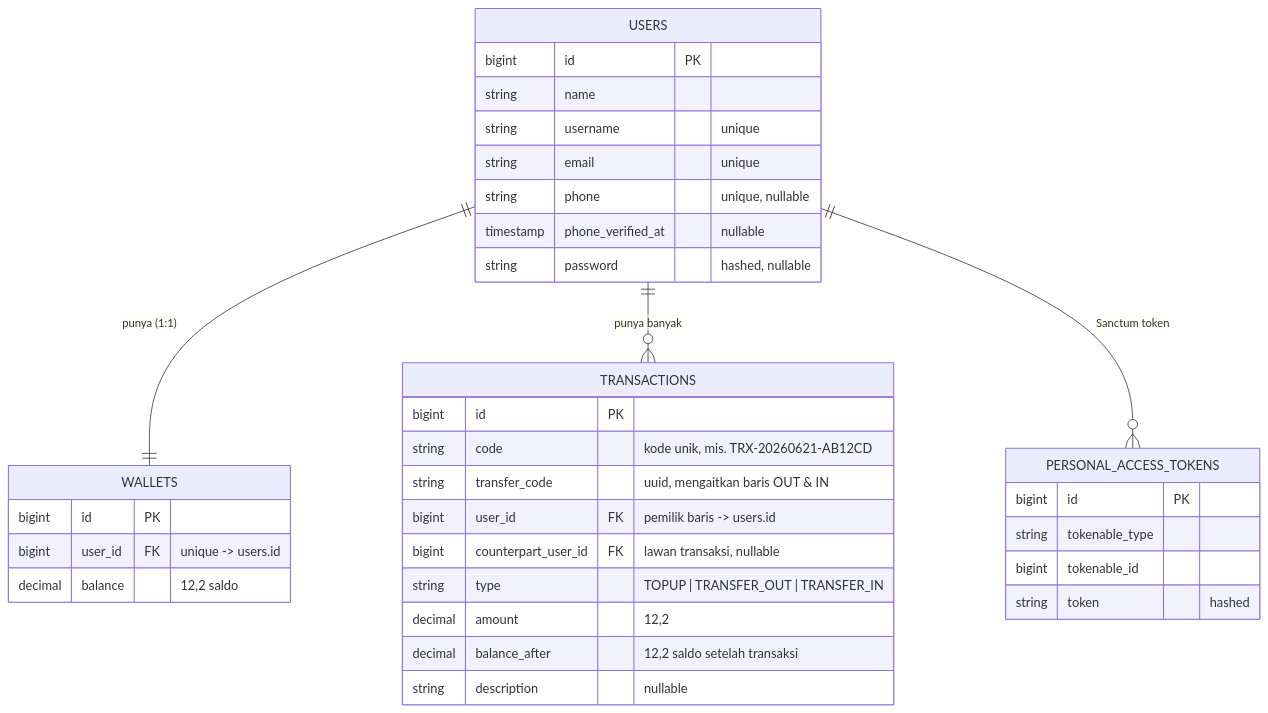
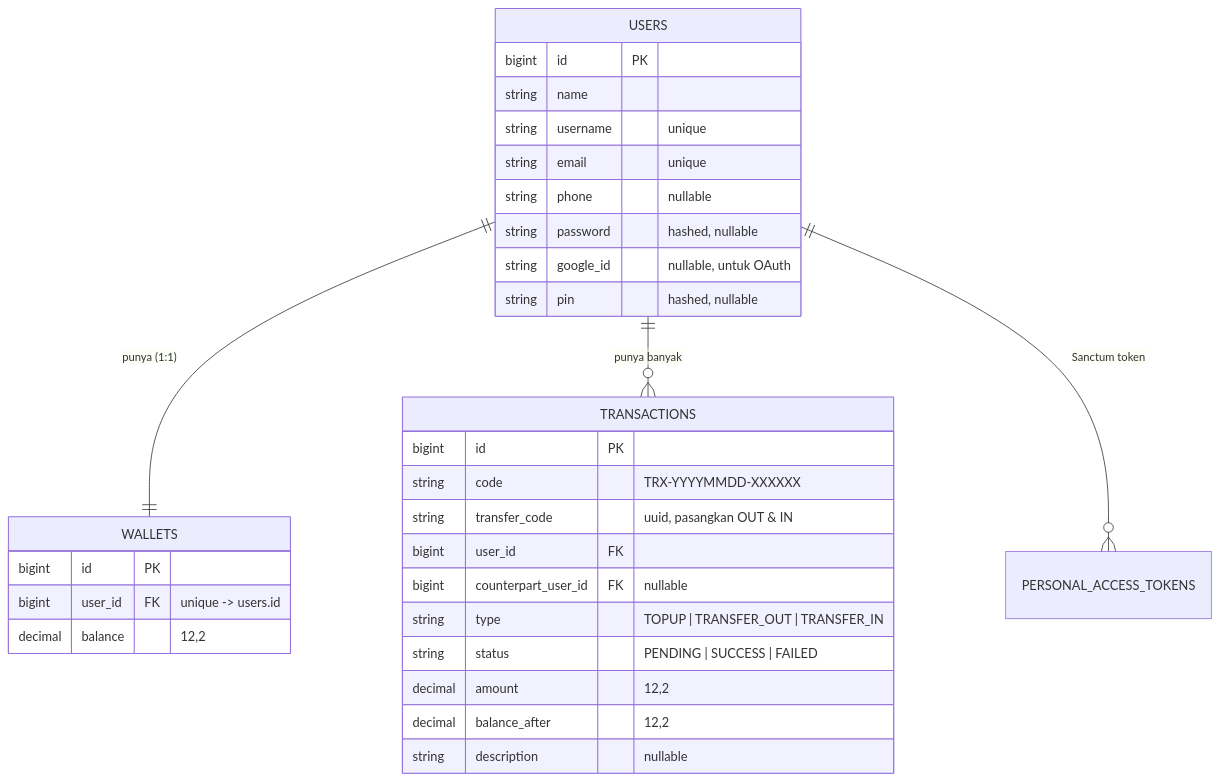
The diagram in README.md (saifudinreza/TrustPay), drawn with Mermaid before and after one commit. The commit also changed other lines of this file and 4 other files, not shown here.

````diff
--- a/README.md
+++ b/README.md
@@ -38,38 +69,34 @@
 ```mermaid
 erDiagram
     USERS ||--|| WALLETS : "punya (1:1)"
     USERS ||--o{ TRANSACTIONS : "punya banyak"
     USERS ||--o{ PERSONAL_ACCESS_TOKENS : "Sanctum token"
 
     USERS {
         bigint id PK
         string name
         string username "unique"
         string email "unique"
-        string phone "unique, nullable"
-        timestamp phone_verified_at "nullable"
+        string phone "nullable"
         string password "hashed, nullable"
+        string google_id "nullable, untuk OAuth"
+        string pin "hashed, nullable"
     }
     WALLETS {
         bigint id PK
         bigint user_id FK "unique -> users.id"
-        decimal balance "12,2 saldo"
+        decimal balance "12,2"
     }
     TRANSACTIONS {
         bigint id PK
-        string code "kode unik, mis. TRX-20260621-AB12CD"
-        string transfer_code "uuid, mengaitkan baris OUT & IN"
-        bigint user_id FK "pemilik baris -> users.id"
-        bigint counterpart_user_id FK "lawan transaksi, nullable"
+        string code "TRX-YYYYMMDD-XXXXXX"
+        string transfer_code "uuid, pasangkan OUT & IN"
+        bigint user_id FK
+        bigint counterpart_user_id FK "nullable"
         string type "TOPUP | TRANSFER_OUT | TRANSFER_IN"
+        string status "PENDING | SUCCESS | FAILED"
         decimal amount "12,2"
-        decimal balance_after "12,2 saldo setelah transaksi"
+        decimal balance_after "12,2"
         string description "nullable"
     }
-    PERSONAL_ACCESS_TOKENS {
-        bigint id PK
-        string tokenable_type
-        bigint tokenable_id
-        string token "hashed"
-    }
 ```
````
